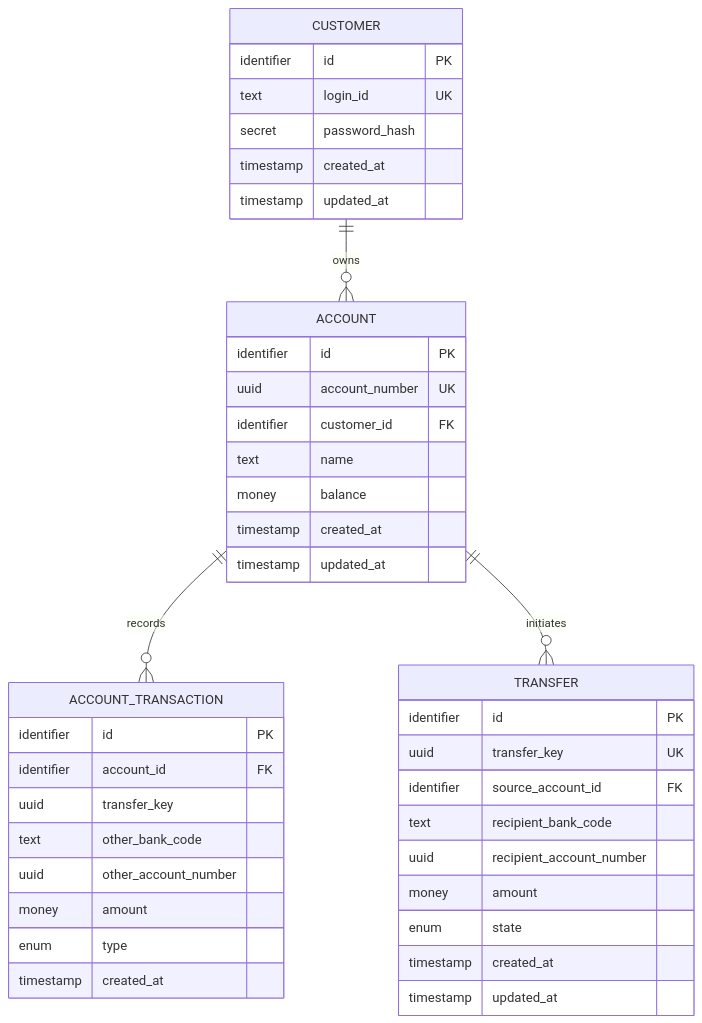
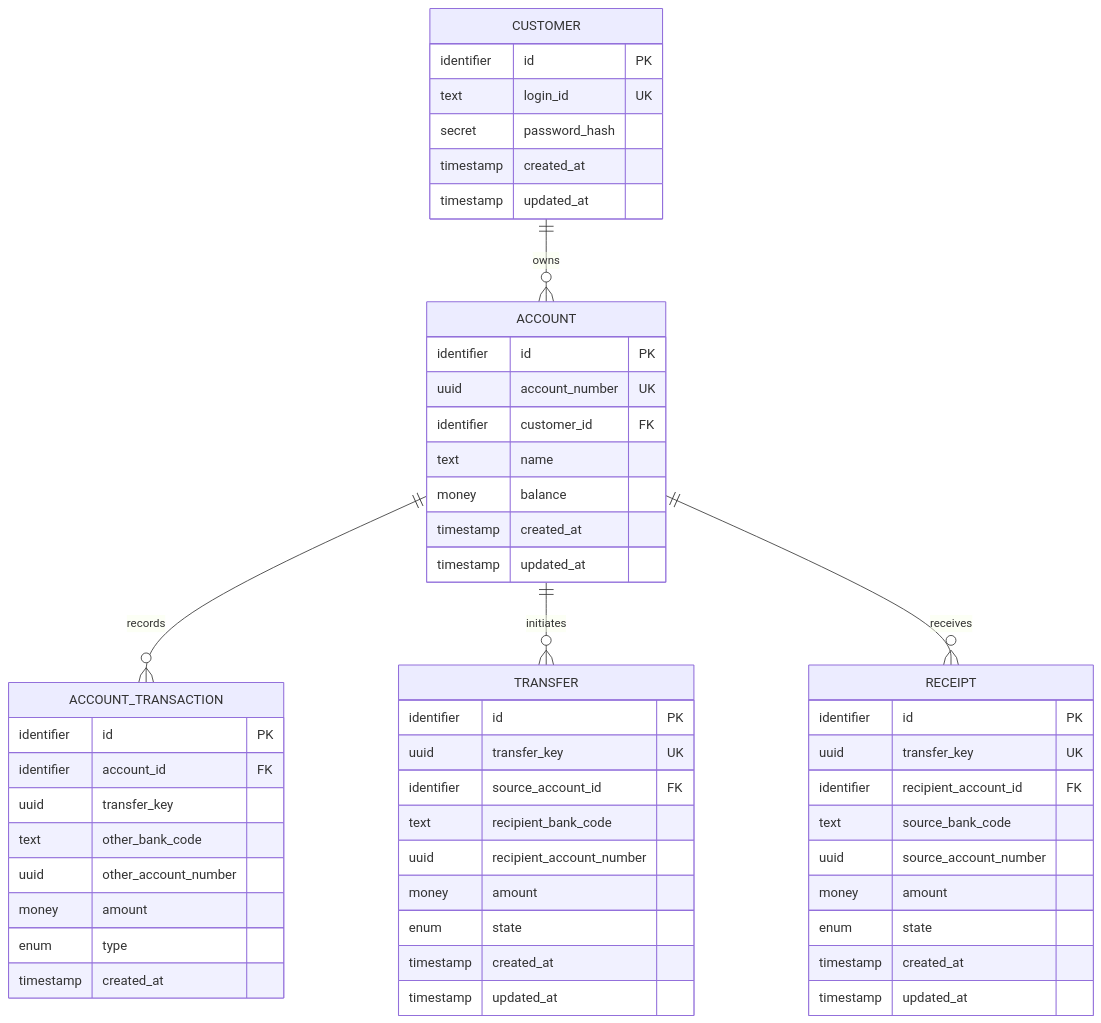
Before and after one commit to 2jun0/financial-system-backend: the first of 3 diagrams in docs/domain/erd.md, drawn with Mermaid. The commit also changed other lines of this file and 33 other files, not shown here.

````diff
--- a/docs/domain/erd.md
+++ b/docs/domain/erd.md
@@ -9,47 +9,60 @@
 ```mermaid
 erDiagram
     CUSTOMER ||--o{ ACCOUNT : owns
     ACCOUNT ||--o{ ACCOUNT_TRANSACTION : records
     ACCOUNT ||--o{ TRANSFER : initiates
+    ACCOUNT ||--o{ RECEIPT : receives
 
     CUSTOMER {
         identifier id PK
         text login_id UK
         secret password_hash
         timestamp created_at
         timestamp updated_at
     }
 
     ACCOUNT {
         identifier id PK
         uuid account_number UK
         identifier customer_id FK
         text name
         money balance
         timestamp created_at
         timestamp updated_at
     }
 
     ACCOUNT_TRANSACTION {
         identifier id PK
         identifier account_id FK
         uuid transfer_key
         text other_bank_code
         uuid other_account_number
         money amount
         enum type
         timestamp created_at
     }
 
     TRANSFER {
         identifier id PK
         uuid transfer_key UK
         identifier source_account_id FK
         text recipient_bank_code
         uuid recipient_account_number
         money amount
         enum state
         timestamp created_at
         timestamp updated_at
     }
+
+    RECEIPT {
+        identifier id PK
+        uuid transfer_key UK
+        identifier recipient_account_id FK
+        text source_bank_code
+        uuid source_account_number
+        money amount
+        enum state
+        timestamp created_at
+        timestamp updated_at
+    }
 ```
````
